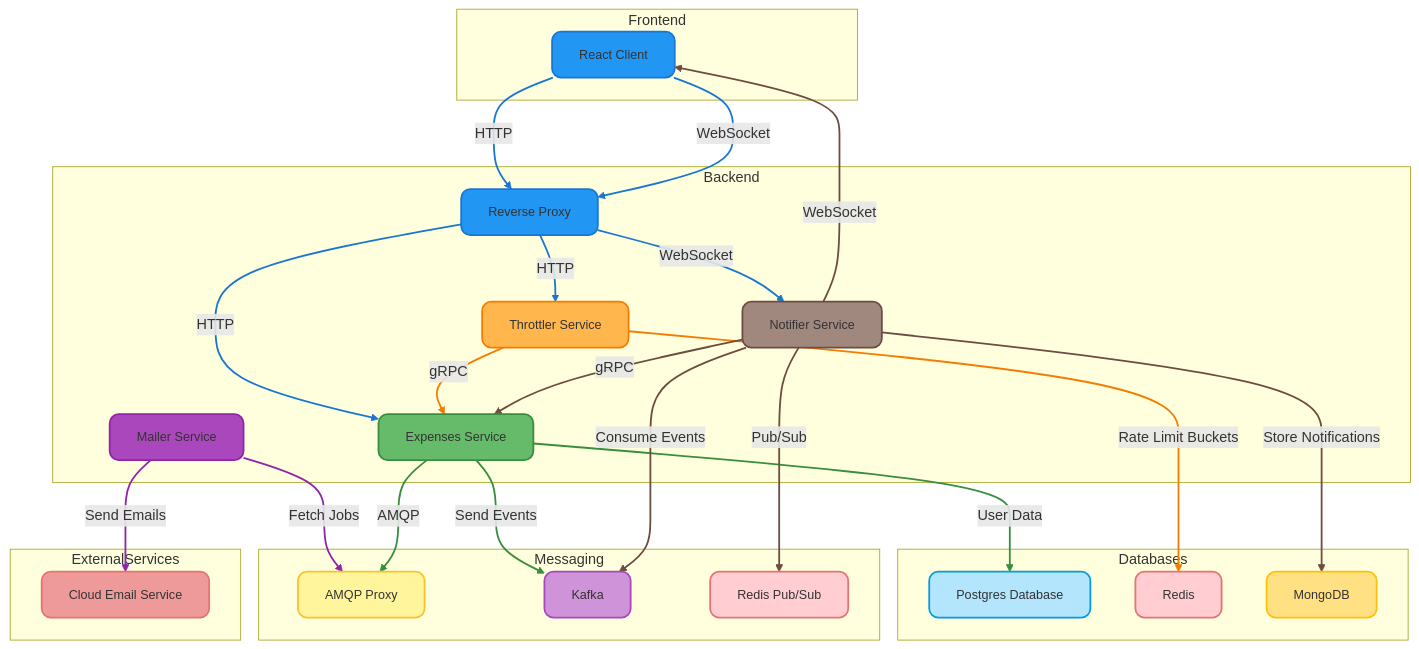
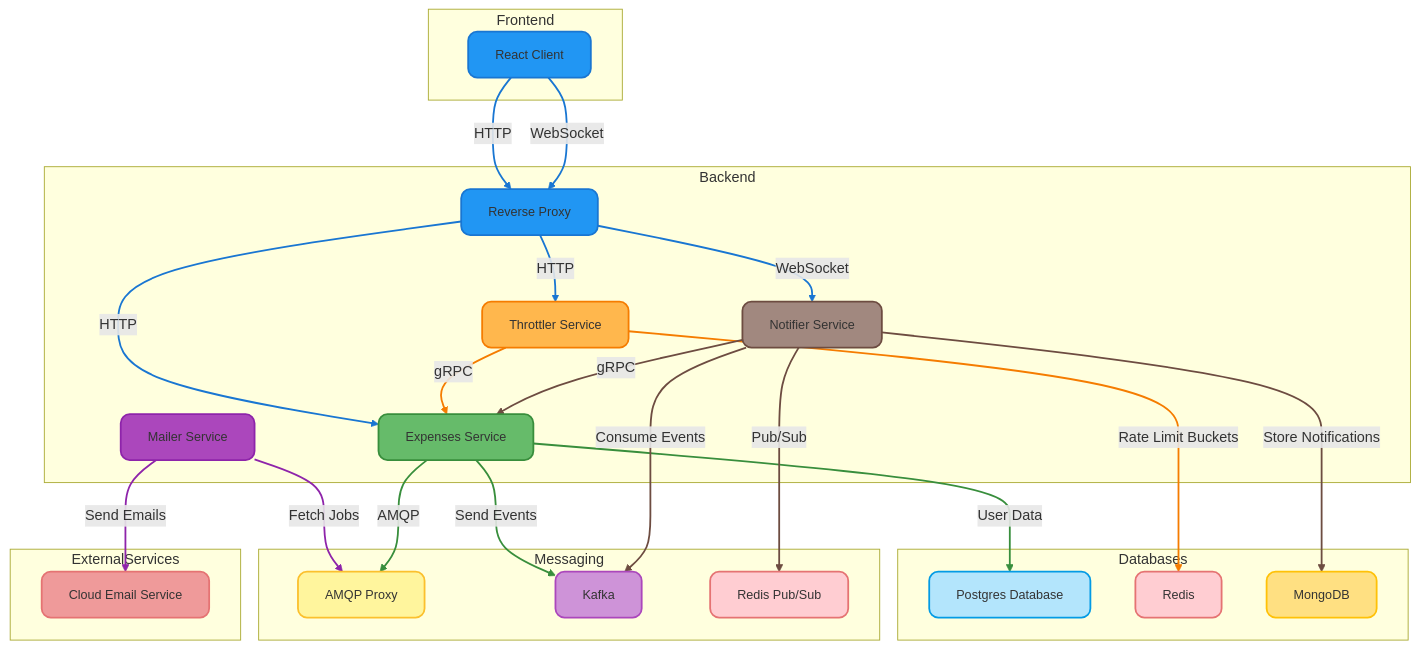
Before and after one commit to hasAnybodySeenHarry/expenses: the diagram in README.md, drawn with Mermaid.

Commit message:
Updated labels

````diff
--- a/README.md
+++ b/README.md
@@ -7,82 +7,80 @@
 ```mermaid
 graph TD
     style ReactApp fill:#2196F3,stroke:#1976D2,stroke-width:2px,color:#333,font-size:14px,rx:10,ry:10
     style ReverseProxy fill:#2196F3,stroke:#1976D2,stroke-width:2px,color:#333,font-size:14px,rx:10,ry:10
     style Expenses fill:#66BB6A,stroke:#388E3C,stroke-width:2px,color:#333,font-size:14px,rx:10,ry:10
     style Throttler fill:#FFB74D,stroke:#F57C00,stroke-width:2px,color:#333,font-size:14px,rx:10,ry:10
     style Mailer fill:#AB47BC,stroke:#8E24AA,stroke-width:2px,color:#333,font-size:14px,rx:10,ry:10
     style Notifier fill:#A1887F,stroke:#6D4C41,stroke-width:2px,color:#333,font-size:14px,rx:10,ry:10
     style Postgres fill:#B3E5FC,stroke:#039BE5,stroke-width:2px,color:#333,font-size:14px,rx:10,ry:10
     style Redis fill:#FFCDD2,stroke:#E57373,stroke-width:2px,color:#333,font-size:14px,rx:10,ry:10
     style MongoDB fill:#FFE082,stroke:#FFC107,stroke-width:2px,color:#333,font-size:14px,rx:10,ry:10
     style AMQP fill:#FFF59D,stroke:#FBC02D,stroke-width:2px,color:#333,font-size:14px,rx:10,ry:10
     style Kafka fill:#CE93D8,stroke:#AB47BC,stroke-width:2px,color:#333,font-size:14px,rx:10,ry:10
     style RedisPubSub fill:#FFCDD2,stroke:#E57373,stroke-width:2px,color:#333,font-size:14px,rx:10,ry:10
     style CloudEmail fill:#EF9A9A,stroke:#E57373,stroke-width:2px,color:#333,font-size:14px,rx:10,ry:10
 
     subgraph Frontend
         ReactApp[React Client]
     end
 
     subgraph Backend
         ReverseProxy[Reverse Proxy]
         Expenses[Expenses Service]
         Throttler[Throttler Service]
         Mailer[Mailer Service]
         Notifier[Notifier Service]
     end
 
     subgraph Databases
         Postgres[Postgres Database]
         Redis[Redis]
         MongoDB[MongoDB]
     end
 
     subgraph Messaging
         AMQP[AMQP Proxy]
         Kafka[Kafka]
         RedisPubSub[Redis Pub/Sub]
     end
 
     subgraph ExternalServices
         CloudEmail[Cloud Email Service]
     end
 
     %% Define connections with labels and directions
     ReactApp -- HTTP --> ReverseProxy
     ReverseProxy -- HTTP --> Expenses
     Expenses -- User Data --> Postgres
     Throttler -- gRPC --> Expenses
     Throttler -- Rate Limit Buckets --> Redis
     Mailer -- Fetch Jobs --> AMQP
     Expenses -- AMQP --> AMQP
     Mailer -- Send Emails --> CloudEmail
     Expenses -- Send Events --> Kafka
     Notifier -- Consume Events --> Kafka
     Notifier -- Store Notifications --> MongoDB
     Notifier -- Pub/Sub --> RedisPubSub
     ReactApp -- WebSocket --> ReverseProxy
     ReverseProxy -- WebSocket --> Notifier
     Notifier -- gRPC --> Expenses
-    Notifier -- WebSocket --> ReactApp
     ReverseProxy -- HTTP --> Throttler
 
     %% Style links
     linkStyle 0 stroke:#1976D2,stroke-width:2px
     linkStyle 1 stroke:#1976D2,stroke-width:2px
     linkStyle 2 stroke:#388E3C,stroke-width:2px
     linkStyle 3 stroke:#F57C00,stroke-width:2px
     linkStyle 4 stroke:#F57C00,stroke-width:2px
     linkStyle 5 stroke:#8E24AA,stroke-width:2px
     linkStyle 6 stroke:#388E3C,stroke-width:2px
     linkStyle 7 stroke:#8E24AA,stroke-width:2px
     linkStyle 8 stroke:#388E3C,stroke-width:2px
     linkStyle 9 stroke:#6D4C41,stroke-width:2px
     linkStyle 10 stroke:#6D4C41,stroke-width:2px
     linkStyle 11 stroke:#6D4C41,stroke-width:2px
     linkStyle 12 stroke:#1976D2,stroke-width:2px
     linkStyle 13 stroke:#1976D2,stroke-width:2px
     linkStyle 14 stroke:#6D4C41,stroke-width:2px
-    linkStyle 15 stroke:#6D4C41,stroke-width:2px
-    linkStyle 16 stroke:#1976D2,stroke-width:2px
+    linkStyle 15 stroke:#1976D2,stroke-width:2px
 ```
````
